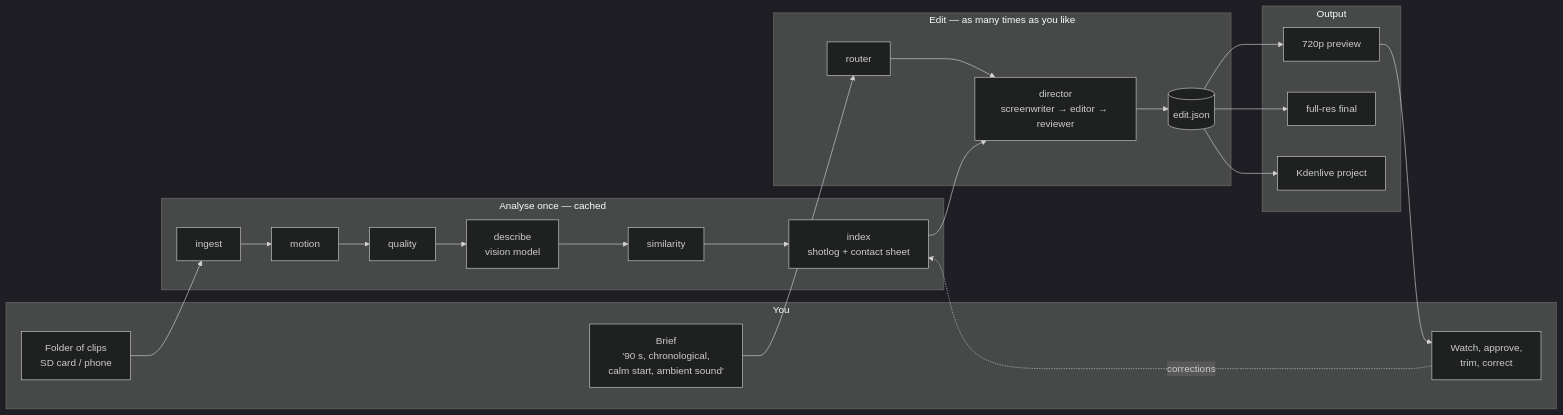
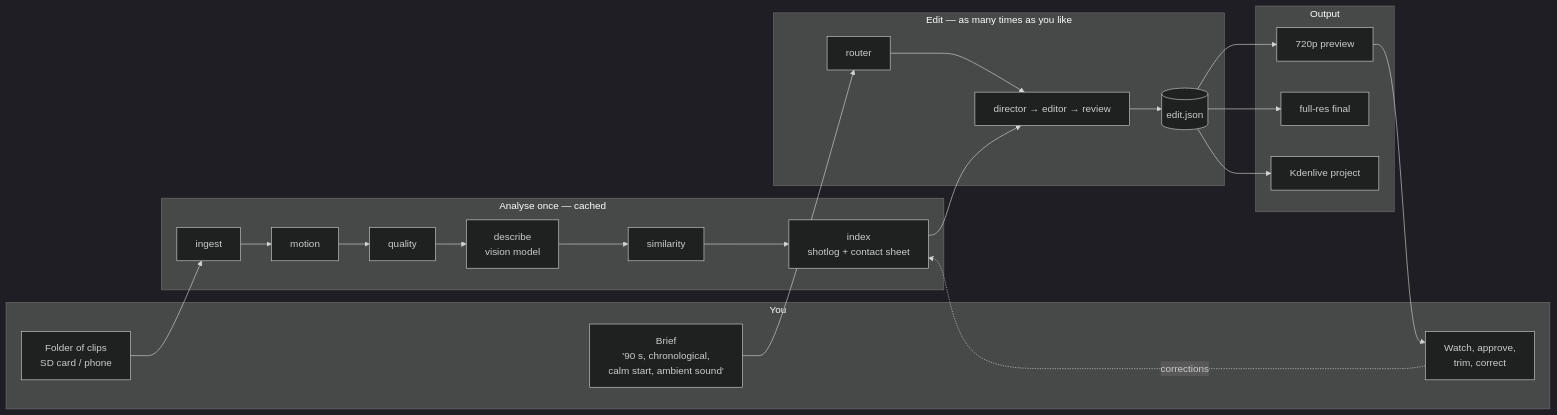
The diagram in docs/guides/user-guide.md (Dorusto/yt-pipeline), drawn with Mermaid (dark theme) before and after one commit. The commit also changed other lines of this file and 242 other files, not shown here.

````diff
--- a/docs/guides/user-guide.md
+++ b/docs/guides/user-guide.md
@@ -33,25 +33,25 @@
 ```mermaid
 flowchart LR
   subgraph you[You]
     F[Folder of clips<br/>SD card / phone]
     B["Brief<br/>'90 s, chronological,<br/>calm start, ambient sound'"]
     R[Watch, approve,<br/>trim, correct]
   end
   subgraph analyse[Analyse once — cached]
     I[ingest] --> M[motion] --> Q[quality] --> D[describe<br/>vision model] --> S[similarity] --> X[index<br/>shotlog + contact sheet]
   end
   subgraph edit[Edit — as many times as you like]
-    RT[router] --> DIR[director<br/>screenwriter → editor → reviewer] --> E[(edit.json)]
+    RT[router] --> DIR[director → editor → review] --> E[(edit.json)]
   end
   subgraph out[Output]
     P[720p preview] 
     FIN[full-res final]
     K[Kdenlive project]
   end
   F --> I
   B --> RT
   X --> DIR
   E --> P & FIN & K
   P --> R
   R -. corrections .-> X
 ```
````
